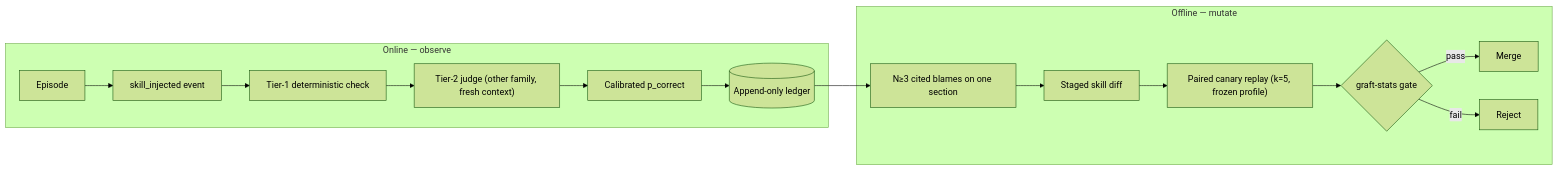
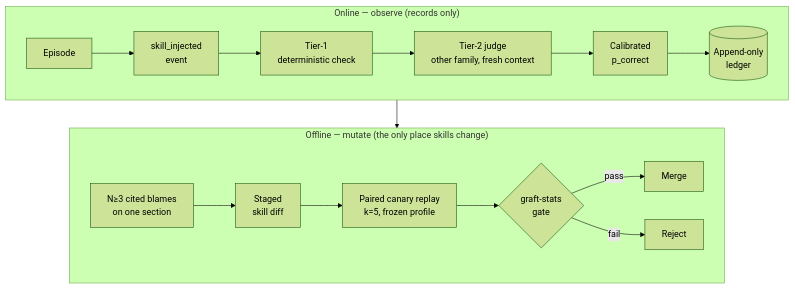
One commit to FurbySoup/graft changed the diagram in docs/assets/src/evidence-chain.mmd. Above: the diagram before and after it, drawn with Mermaid (forest theme). The commit also changed 1 other file, not shown here.

Commit message:
docs(readme): stack the evidence-chain diagram so it is legible at page width
Rendered on GitHub, the 12-node left-to-right chain shrank to unreadable
text and clipped Merge/Reject. Now top-to-bottom with each half running
left-to-right (verified rendering with Mermaid 11).

```diff
--- a/docs/assets/src/evidence-chain.mmd
+++ b/docs/assets/src/evidence-chain.mmd
@@ -1,17 +1,19 @@
 %% Mirror of the evidence-chain diagram inlined in README.md (README is canonical).
-flowchart LR
-  subgraph online["Online — observe"]
-    E["Episode"] --> I["skill_injected event"]
-    I --> T1["Tier-1 deterministic check"]
-    T1 --> T2["Tier-2 judge (other family, fresh context)"]
-    T2 --> C["Calibrated p_correct"]
-    C --> L[("Append-only ledger")]
+flowchart TB
+  subgraph online["Online — observe (records only)"]
+    direction LR
+    E["Episode"] --> I["skill_injected<br/>event"]
+    I --> T1["Tier-1<br/>deterministic check"]
+    T1 --> T2["Tier-2 judge<br/>other family, fresh context"]
+    T2 --> C["Calibrated<br/>p_correct"]
+    C --> L[("Append-only<br/>ledger")]
   end
-  subgraph offline["Offline — mutate"]
-    B["N≥3 cited blames on one section"] --> D["Staged skill diff"]
-    D --> R["Paired canary replay (k=5, frozen profile)"]
-    R --> G{"graft-stats gate"}
+  subgraph offline["Offline — mutate (the only place skills change)"]
+    direction LR
+    B["N≥3 cited blames<br/>on one section"] --> D["Staged<br/>skill diff"]
+    D --> R["Paired canary replay<br/>k=5, frozen profile"]
+    R --> G{"graft-stats<br/>gate"}
     G -->|pass| M["Merge"]
     G -->|fail| X["Reject"]
   end
-  L --> B
+  online --> offline
```
